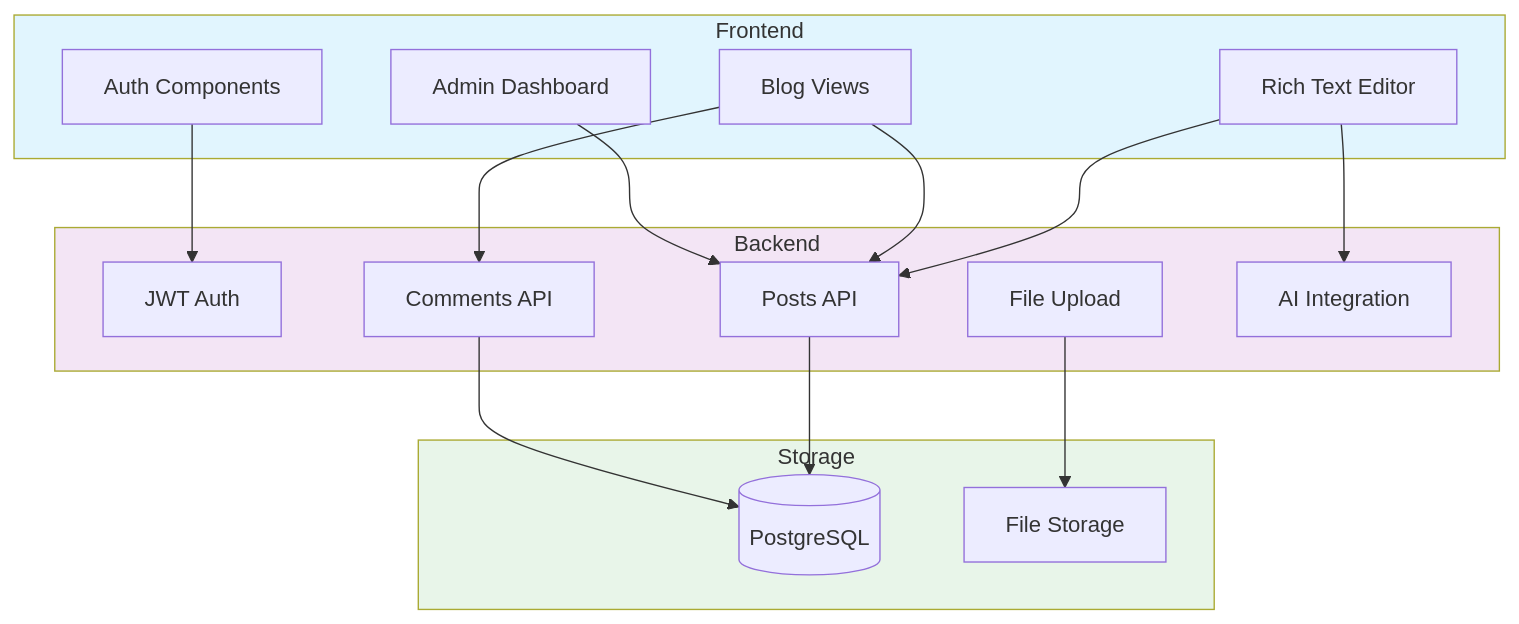
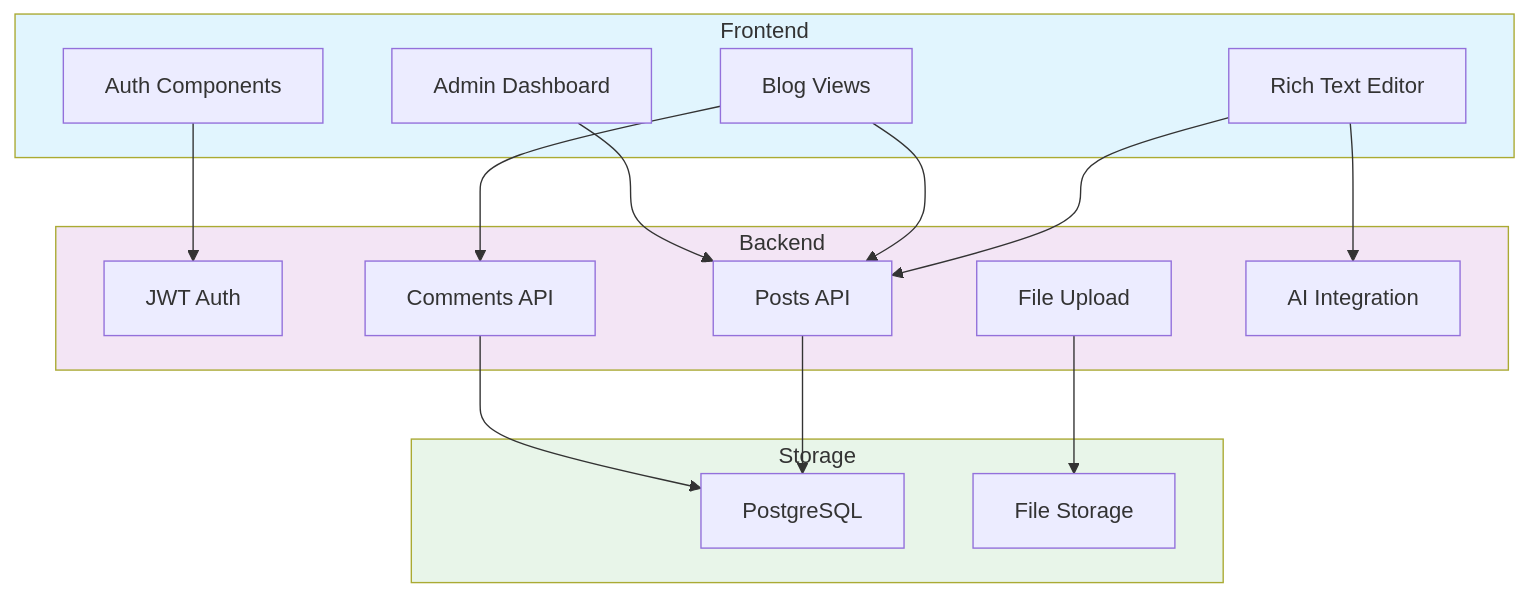
The diagram in modules/module-07/exercises/exercise2-blog-platform/instructions/part1.md (paulasilvatech/Mastery-AI-Apps-Dev), drawn with Mermaid before and after one commit. The commit also changed 18 other files, not shown here.

Commit message:
Refactor diagram syntax in Module 07 documentation for consistency

````diff
--- a/modules/module-07/exercises/exercise2-blog-platform/instructions/part1.md
+++ b/modules/module-07/exercises/exercise2-blog-platform/instructions/part1.md
@@ -32,36 +32,36 @@
 ```mermaid
 graph TB
     subgraph Frontend
         Auth[Auth Components]
         Editor[Rich Text Editor]
         Blog[Blog Views]
         Admin[Admin Dashboard]
     end
     
     subgraph Backend
         JWT[JWT Auth]
         Posts[Posts API]
         Comments[Comments API]
         Upload[File Upload]
         AI[AI Integration]
     end
     
     subgraph Storage
-        DB[(PostgreSQL)]
+        DB[PostgreSQL]
         S3[File Storage]
     end
     
     Auth --> JWT
     Editor --> Posts
     Editor --> AI
     Blog --> Posts
     Blog --> Comments
     Admin --> Posts
     Upload --> S3
     Posts --> DB
     Comments --> DB
     
     style Frontend fill:#e1f5fe
     style Backend fill:#f3e5f5
     style Storage fill:#e8f5e9
 ```
````
